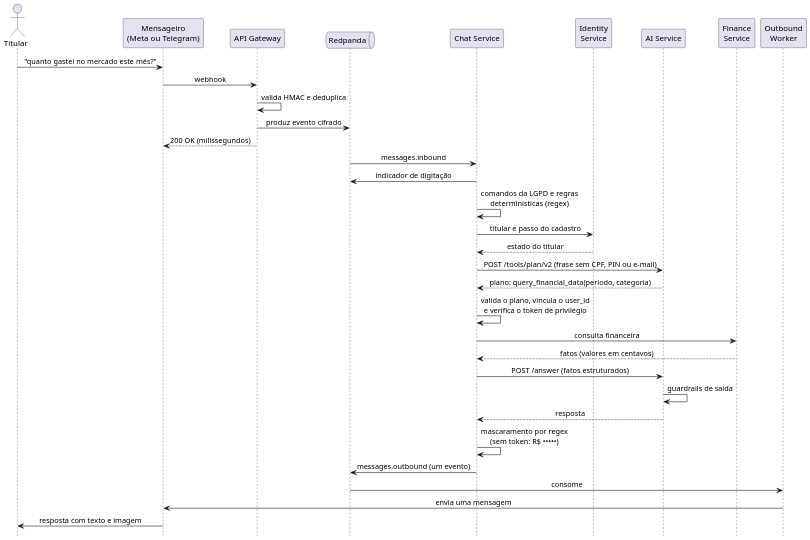
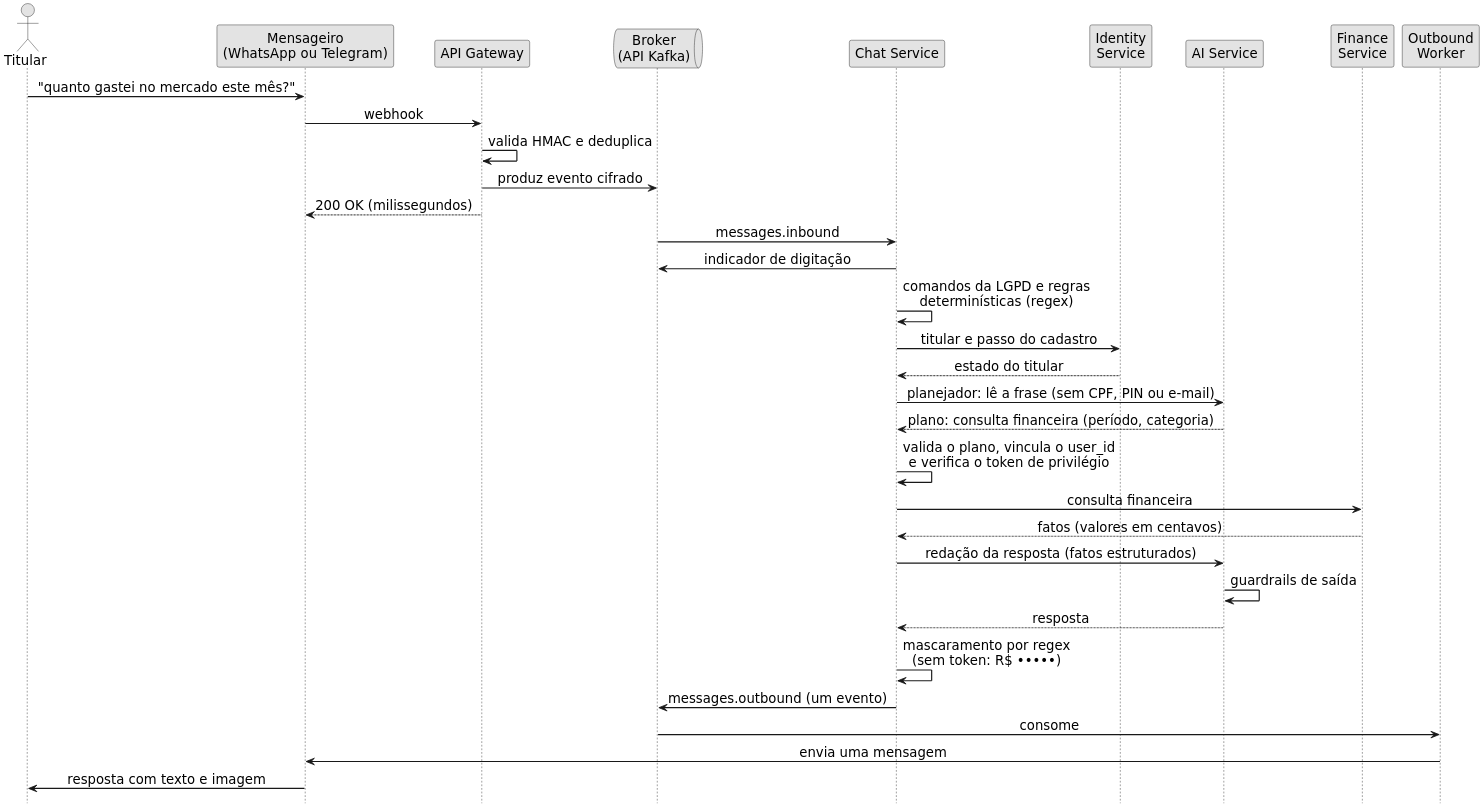
One commit to eigam-corp/thesis changed the diagram in puml/sequencia_processamento_mensagem.puml. Above: the diagram before and after it, drawn with PlantUML. The commit also changed 198 other files, not shown here.

```diff
--- a/puml/sequencia_processamento_mensagem.puml
+++ b/puml/sequencia_processamento_mensagem.puml
@@ -1,41 +1,44 @@
 @startuml processamento_mensagem
-skinparam defaultFontName Arial
+skinparam defaultFontName "DejaVu Sans"
 skinparam shadowing false
-skinparam dpi 150
+skinparam monochrome true
+skinparam dpi 220
+skinparam defaultFontSize 16
+skinparam ArrowThickness 1.4
 skinparam sequenceMessageAlign center
 hide footbox
 
 actor "Titular" as U
-participant "Mensageiro\n(Meta ou Telegram)" as CH
+participant "Mensageiro\n(WhatsApp ou Telegram)" as CH
 participant "API Gateway" as GW
-queue "Redpanda" as KF
+queue "Broker\n(API Kafka)" as KF
 participant "Chat Service" as CS
 participant "Identity\nService" as ID
 participant "AI Service" as AI
 participant "Finance\nService" as FS
 participant "Outbound\nWorker" as OW
 
 U -> CH : "quanto gastei no mercado este mês?"
 CH -> GW : webhook
 GW -> GW : valida HMAC e deduplica
 GW -> KF : produz evento cifrado
 GW --> CH : 200 OK (milissegundos)
 KF -> CS : messages.inbound
 CS -> KF : indicador de digitação
 CS -> CS : comandos da LGPD e regras\ndeterminísticas (regex)
 CS -> ID : titular e passo do cadastro
 ID --> CS : estado do titular
-CS -> AI : POST /tools/plan/v2 (frase sem CPF, PIN ou e-mail)
-AI --> CS : plano: query_financial_data(período, categoria)
+CS -> AI : planejador: lê a frase (sem CPF, PIN ou e-mail)
+AI --> CS : plano: consulta financeira (período, categoria)
 CS -> CS : valida o plano, vincula o user_id\ne verifica o token de privilégio
 CS -> FS : consulta financeira
 FS --> CS : fatos (valores em centavos)
-CS -> AI : POST /answer (fatos estruturados)
+CS -> AI : redação da resposta (fatos estruturados)
 AI -> AI : guardrails de saída
 AI --> CS : resposta
 CS -> CS : mascaramento por regex\n(sem token: R$ •••••)
 CS -> KF : messages.outbound (um evento)
 KF -> OW : consome
 OW -> CH : envia uma mensagem
 CH -> U : resposta com texto e imagem
 @enduml
```
